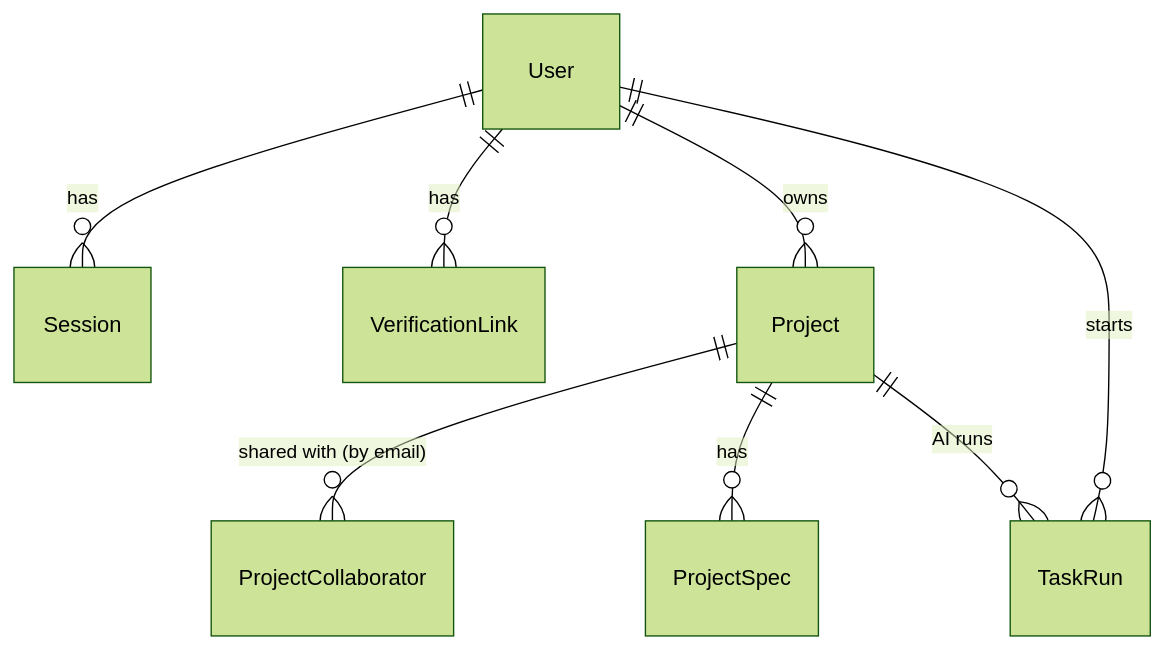
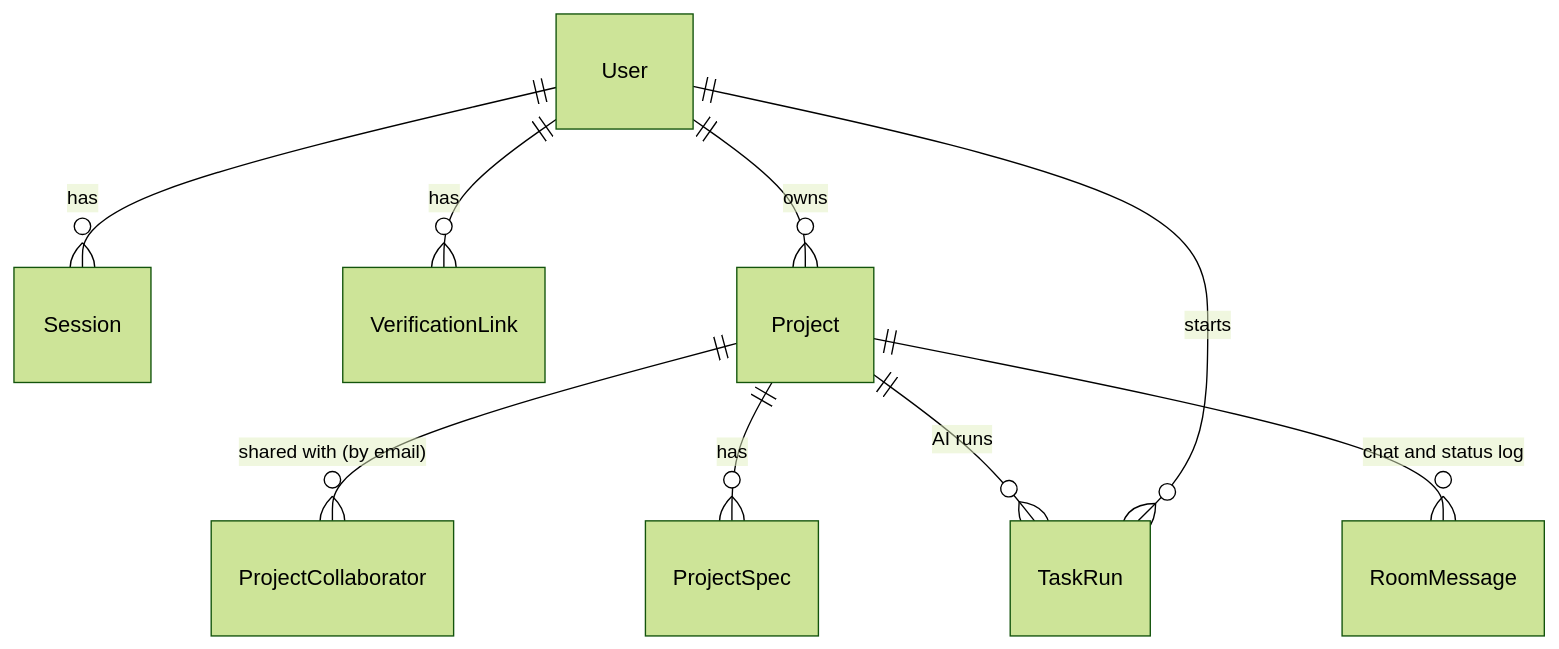
The third of 5 diagrams in README.md (venkateshg12/ghost-ai), drawn with Mermaid (forest theme) before and after one commit. The commit also changed other lines of this file and 2 other files, not shown here.

Commit message:
chore: update project source files

````diff
--- a/README.md
+++ b/README.md
@@ -190,10 +191,11 @@
 ```mermaid
 erDiagram
     User ||--o{ Session : has
     User ||--o{ VerificationLink : has
     User ||--o{ Project : owns
     Project ||--o{ ProjectCollaborator : "shared with (by email)"
     Project ||--o{ ProjectSpec : has
     Project ||--o{ TaskRun : "AI runs"
+    Project ||--o{ RoomMessage : "chat and status log"
     User ||--o{ TaskRun : starts
 ```
````
